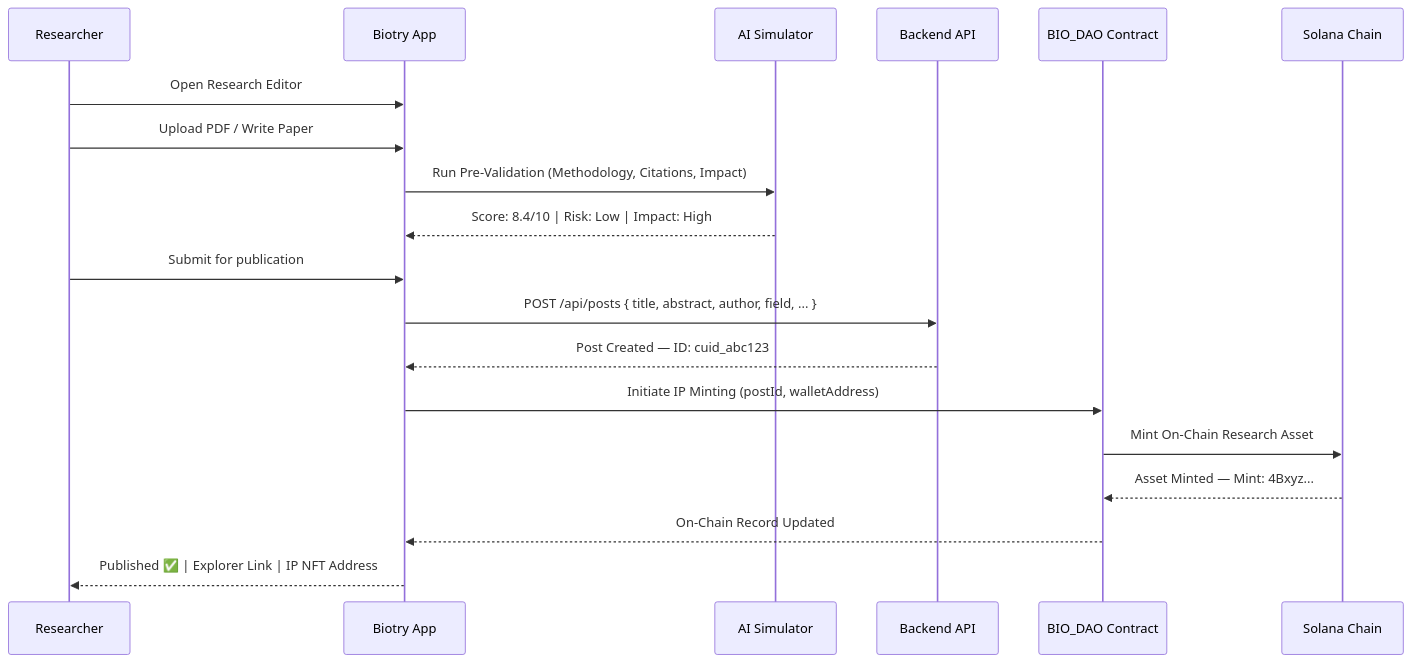
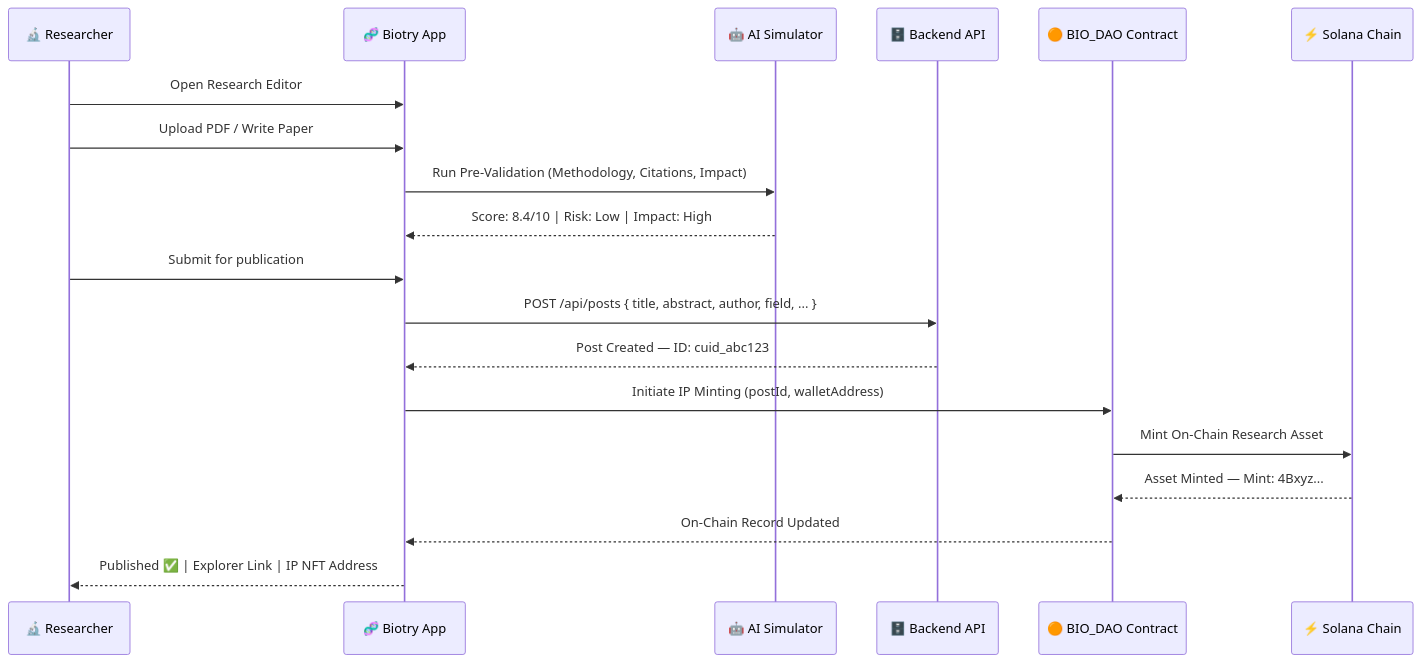
Before and after one commit to Joseph-hackathon/Biotry: the third of 4 diagrams in README.md, drawn with Mermaid. The commit also changed other lines of this file and 14 other files, not shown here.

````diff
--- a/README.md
+++ b/README.md
@@ -397,22 +431,22 @@
 ```mermaid
 sequenceDiagram
-    participant R as Researcher
-    participant B as Biotry App
-    participant AI as AI Simulator
-    participant API as Backend API
-    participant C as BIO_DAO Contract
-    participant S as Solana Chain
+    participant R as 🔬 Researcher
+    participant B as 🧬 Biotry App
+    participant AI as 🤖 AI Simulator
+    participant API as 🗄️ Backend API
+    participant C as 🟠 BIO_DAO Contract
+    participant S as ⚡ Solana Chain
 
     R->>B: Open Research Editor
     R->>B: Upload PDF / Write Paper
     B->>AI: Run Pre-Validation (Methodology, Citations, Impact)
     AI-->>B: Score: 8.4/10 | Risk: Low | Impact: High
     R->>B: Submit for publication
     B->>API: POST /api/posts { title, abstract, author, field, ... }
     API-->>B: Post Created — ID: cuid_abc123
     B->>C: Initiate IP Minting (postId, walletAddress)
     C->>S: Mint On-Chain Research Asset
     S-->>C: Asset Minted — Mint: 4Bxyz...
     C-->>B: On-Chain Record Updated
     B-->>R: Published ✅ | Explorer Link | IP NFT Address
 ```
````
